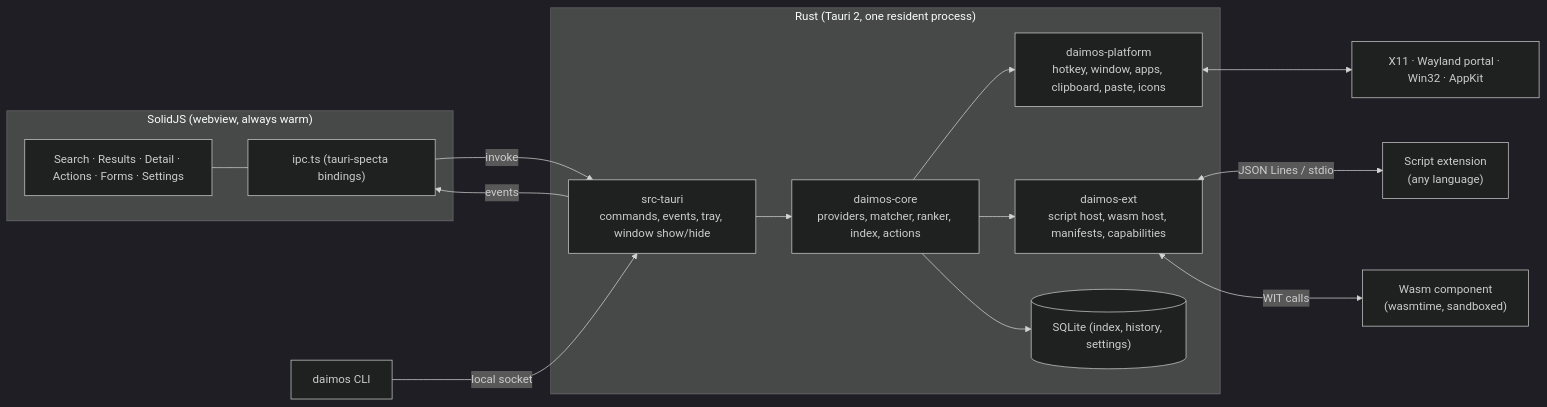
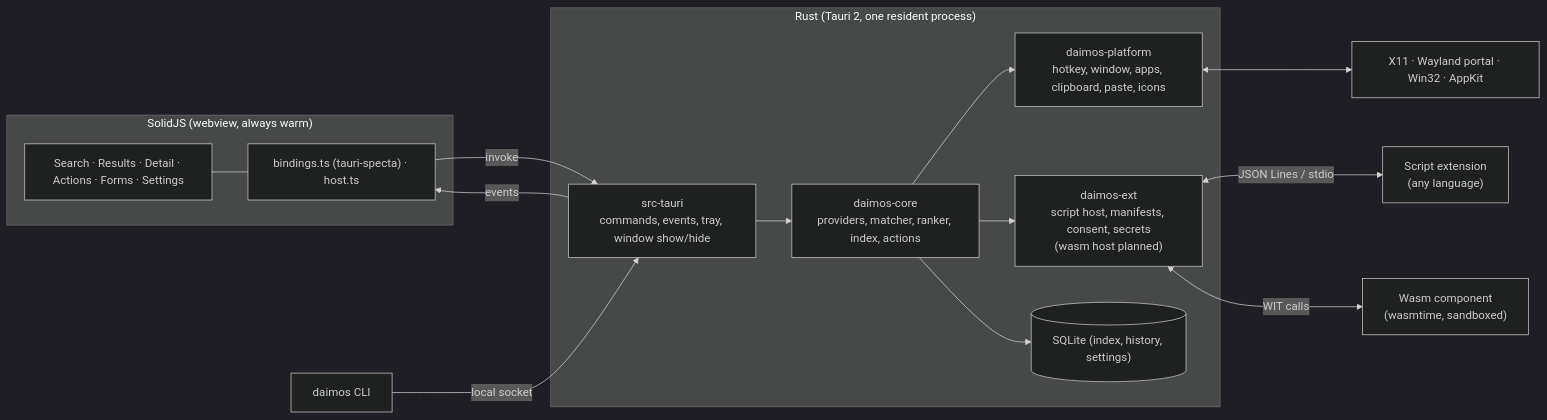
One commit to GravionLabs/daimos changed the diagram in docs/specs/architecture.md. Above: the diagram before and after it, drawn with Mermaid (dark theme). The commit also changed other lines of this file and 8 other files, not shown here.

````diff
--- a/docs/specs/architecture.md
+++ b/docs/specs/architecture.md
@@ -7,25 +7,25 @@
 ```mermaid
 flowchart LR
   subgraph Webview["SolidJS (webview, always warm)"]
     UI["Search · Results · Detail · Actions · Forms · Settings"]
-    IPC["ipc.ts (tauri-specta bindings)"]
+    IPC["bindings.ts (tauri-specta) · host.ts"]
     UI --- IPC
   end
   subgraph Rust["Rust (Tauri 2, one resident process)"]
     T["src-tauri<br/>commands, events, tray, window show/hide"]
     C["daimos-core<br/>providers, matcher, ranker, index, actions"]
     P["daimos-platform<br/>hotkey, window, apps, clipboard, paste, icons"]
-    X["daimos-ext<br/>script host, wasm host, manifests, capabilities"]
+    X["daimos-ext<br/>script host, manifests, consent, secrets<br/>(wasm host planned)"]
     S[("SQLite (index, history, settings)")]
     T --> C
     C --> P
     C --> X
     C --> S
   end
   IPC -- invoke --> T
   T -- events --> IPC
   X <-- "JSON Lines / stdio" --> SE["Script extension<br/>(any language)"]
   X <-- "WIT calls" --> WE["Wasm component<br/>(wasmtime, sandboxed)"]
   P <--> OS["X11 · Wayland portal · Win32 · AppKit"]
   CLI["daimos CLI"] -- "local socket" --> T
 ```
````
